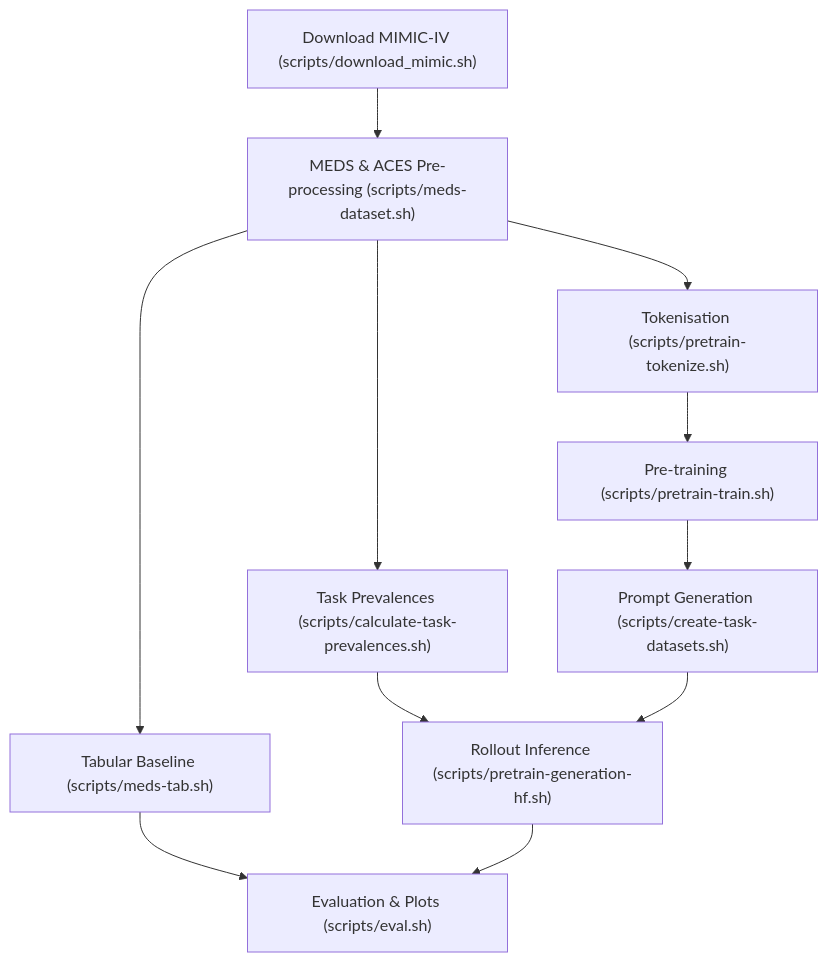
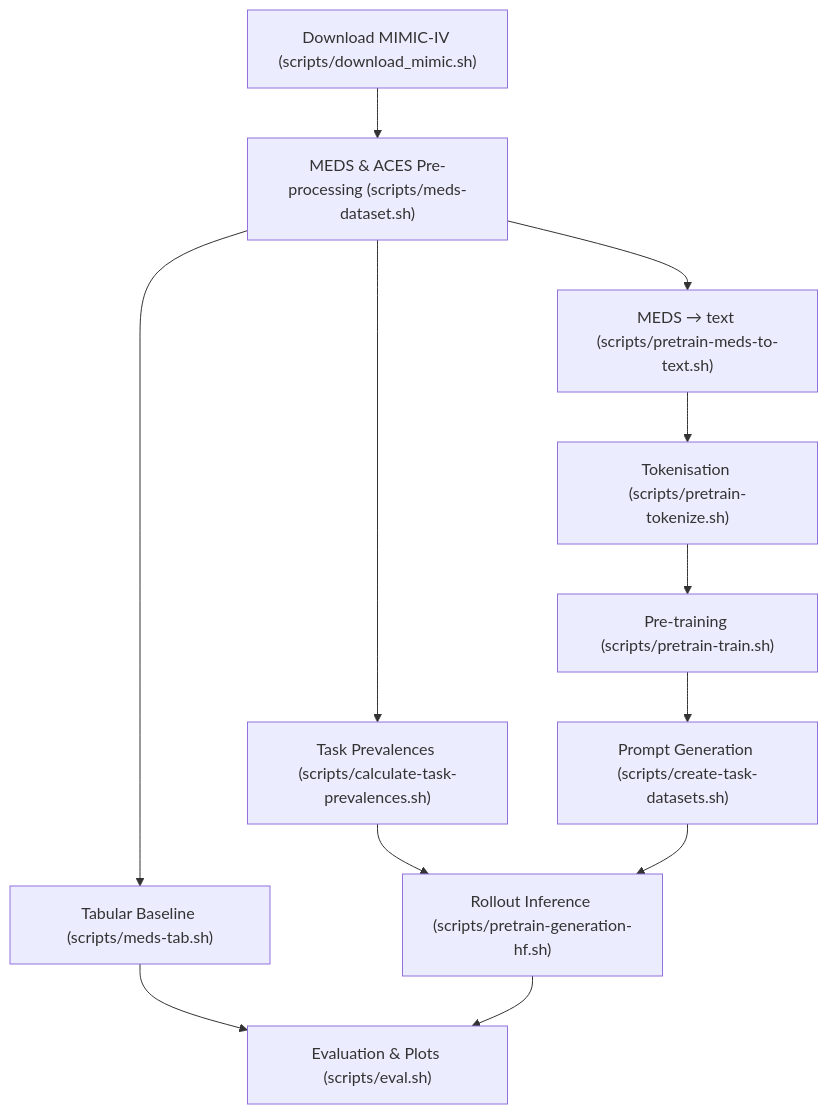
Before and after one commit to Montgomeryyyy/delta-sum: the diagram in README.md, drawn with Mermaid. The commit also changed other lines of this file and 16 other files, not shown here.

````diff
--- a/README.md
+++ b/README.md
@@ -153,11 +155,12 @@
 ```mermaid
 flowchart TD
     A["Download MIMIC-IV (scripts/download_mimic.sh)"] --> B["MEDS & ACES Pre-processing (scripts/meds-dataset.sh)"]
     B --> C["Task Prevalences (scripts/calculate-task-prevalences.sh)"]
     B --> D["Tabular Baseline (scripts/meds-tab.sh)"]
-    B --> E["Tokenisation (scripts/pretrain-tokenize.sh)"]
+    B --> E0["MEDS → text (scripts/pretrain-meds-to-text.sh)"]
+    E0 --> E["Tokenisation (scripts/pretrain-tokenize.sh)"]
     E --> F["Pre-training (scripts/pretrain-train.sh)"]
     F --> G["Prompt Generation (scripts/create-task-datasets.sh)"]
     C & G --> H["Rollout Inference (scripts/pretrain-generation-hf.sh)"]
     D & H --> I["Evaluation & Plots (scripts/eval.sh)"]
 ```
````
